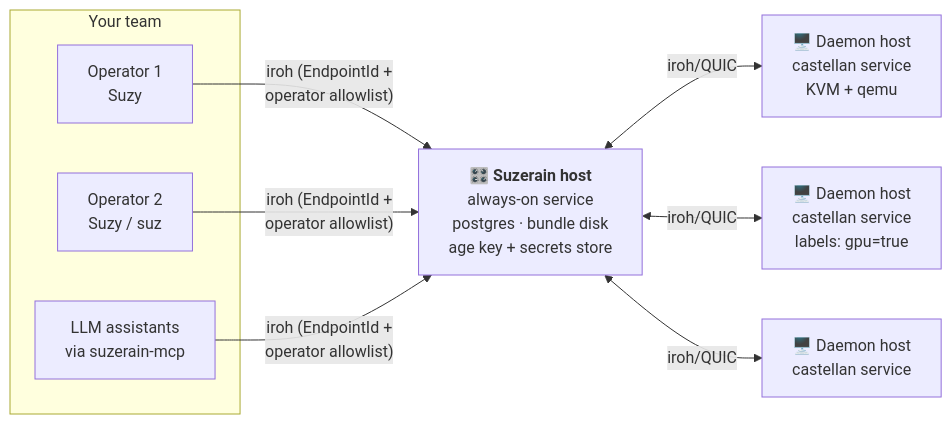
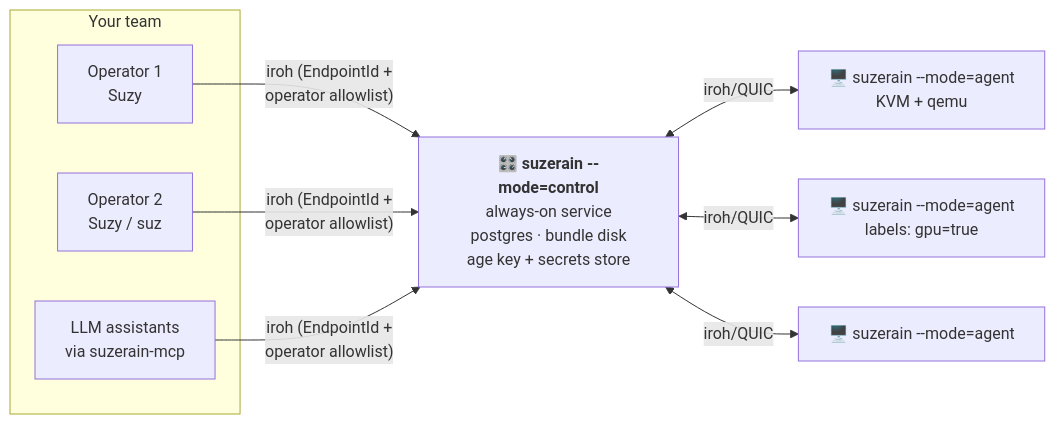
The third of 4 diagrams in README.md (Shakakai/suzerain), drawn with Mermaid before and after one commit. The commit also changed other lines of this file and 57 other files, not shown here.

First line of the commit message:
Unify suzerain/castellan into one binary, one client API

````diff
--- a/README.md
+++ b/README.md
@@ -216,17 +222,17 @@
 ```mermaid
 flowchart LR
     subgraph TEAM["Your team"]
         O1["Operator 1<br/>Suzy"]
         O2["Operator 2<br/>Suzy / suz"]
         O3["LLM assistants<br/>via suzerain-mcp"]
     end
-    S["🎛️ <b>Suzerain host</b><br/>always-on service<br/>postgres · bundle disk<br/>age key + secrets store"]
-    D1["🖥️ Daemon host<br/>castellan service<br/>KVM + qemu"]
-    D2["🖥️ Daemon host<br/>castellan service<br/>labels: gpu=true"]
-    D3["🖥️ Daemon host<br/>castellan service"]
+    S["🎛️ <b>suzerain --mode=control</b><br/>always-on service<br/>postgres · bundle disk<br/>age key + secrets store"]
+    D1["🖥️ suzerain --mode=agent<br/>KVM + qemu"]
+    D2["🖥️ suzerain --mode=agent<br/>labels: gpu=true"]
+    D3["🖥️ suzerain --mode=agent"]
     O1 & O2 & O3 -- "iroh (EndpointId +<br/>operator allowlist)" --> S
     S <-- "iroh/QUIC" --> D1 & D2 & D3
 
     click S "docs/RELEASING.md" "Releases & upgrades"
-    click D1 "docs/PLAN.md" "Castellan internals"
+    click D1 "docs/PLAN.md" "Agent-hosting internals"
 ```
````
